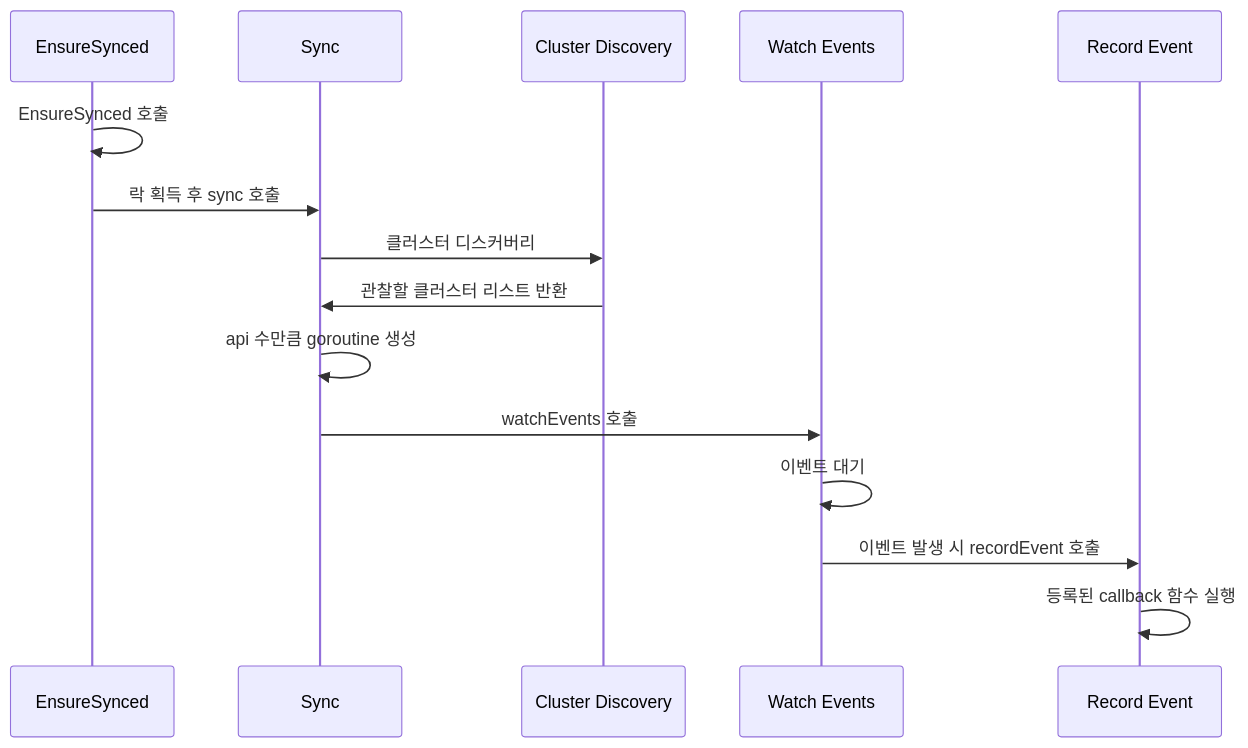
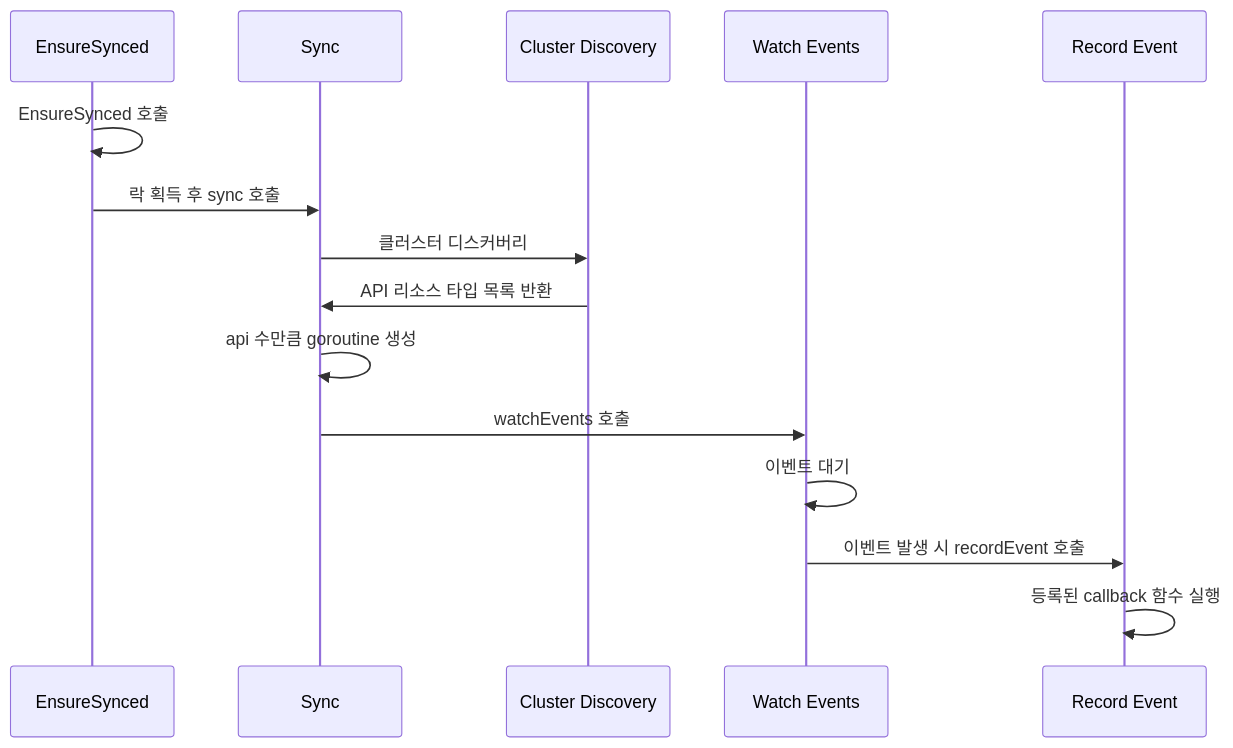
Before and after one commit to atgane/atgane.github.io: the diagram in _posts/2025-03-16-argocd7.md, drawn with Mermaid. The commit also changed other lines of this file and 7 other files, not shown here.

````diff
--- a/_posts/2025-03-16-argocd7.md
+++ b/_posts/2025-03-16-argocd7.md
@@ -489,19 +488,19 @@
 ```mermaid
 sequenceDiagram
     participant EnsureSynced as EnsureSynced
     participant Sync as Sync
     participant Discovery as Cluster Discovery
     participant Watch as Watch Events
     participant Record as Record Event
 
     EnsureSynced->>EnsureSynced: EnsureSynced 호출
     EnsureSynced->>Sync: 락 획득 후 sync 호출
     Sync->>Discovery: 클러스터 디스커버리
-    Discovery->>Sync: 관찰할 클러스터 리스트 반환
+    Discovery->>Sync: API 리소스 타입 목록 반환
     Sync->>Sync: api 수만큼 goroutine 생성
     Sync->>Watch: watchEvents 호출
     Watch->>Watch: 이벤트 대기
     Watch->>Record: 이벤트 발생 시 recordEvent 호출
     Record->>Record: 등록된 callback 함수 실행
 
 ```
````
